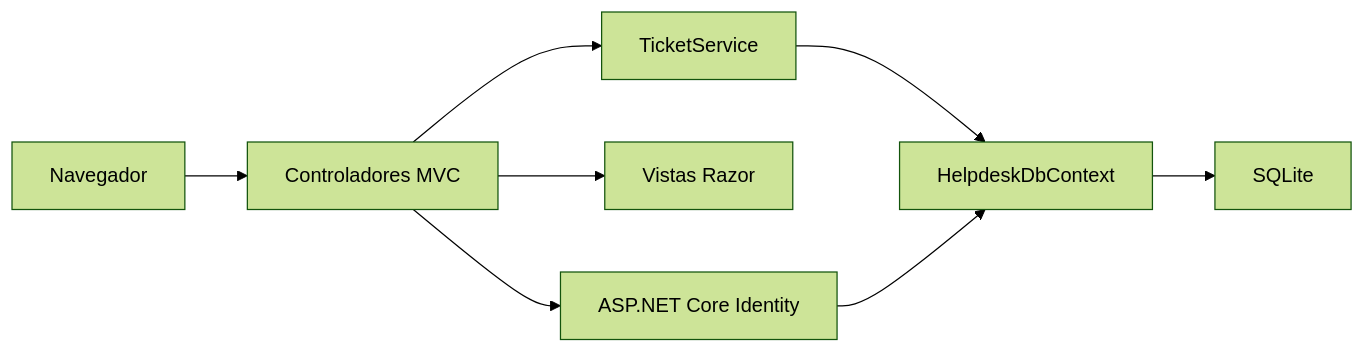
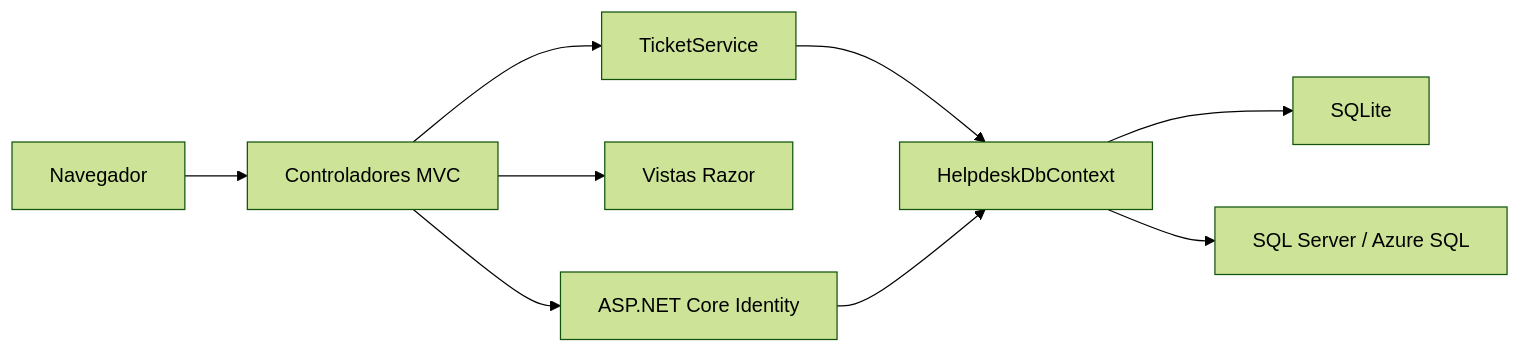
One commit to HiroNk11/.NetProyects changed the diagram in Web/01-MesaAyuda/docs/arquitectura.md. Above: the diagram before and after it, drawn with Mermaid (forest theme). The commit also changed other lines of this file and 13 other files, not shown here.

Commit message:
Preparar despliegue en Azure SQL y cuentas iniciales privadas

````diff
--- a/Web/01-MesaAyuda/docs/arquitectura.md
+++ b/Web/01-MesaAyuda/docs/arquitectura.md
@@ -9,10 +9,11 @@
 ```mermaid
 flowchart LR
     Navegador --> MVC[Controladores MVC]
     MVC --> Servicio[TicketService]
     Servicio --> EF[HelpdeskDbContext]
     EF --> SQLite
+    EF --> SQL[SQL Server / Azure SQL]
     MVC --> Razor[Vistas Razor]
     Identity[ASP.NET Core Identity] --> EF
     MVC --> Identity
 ```
````
